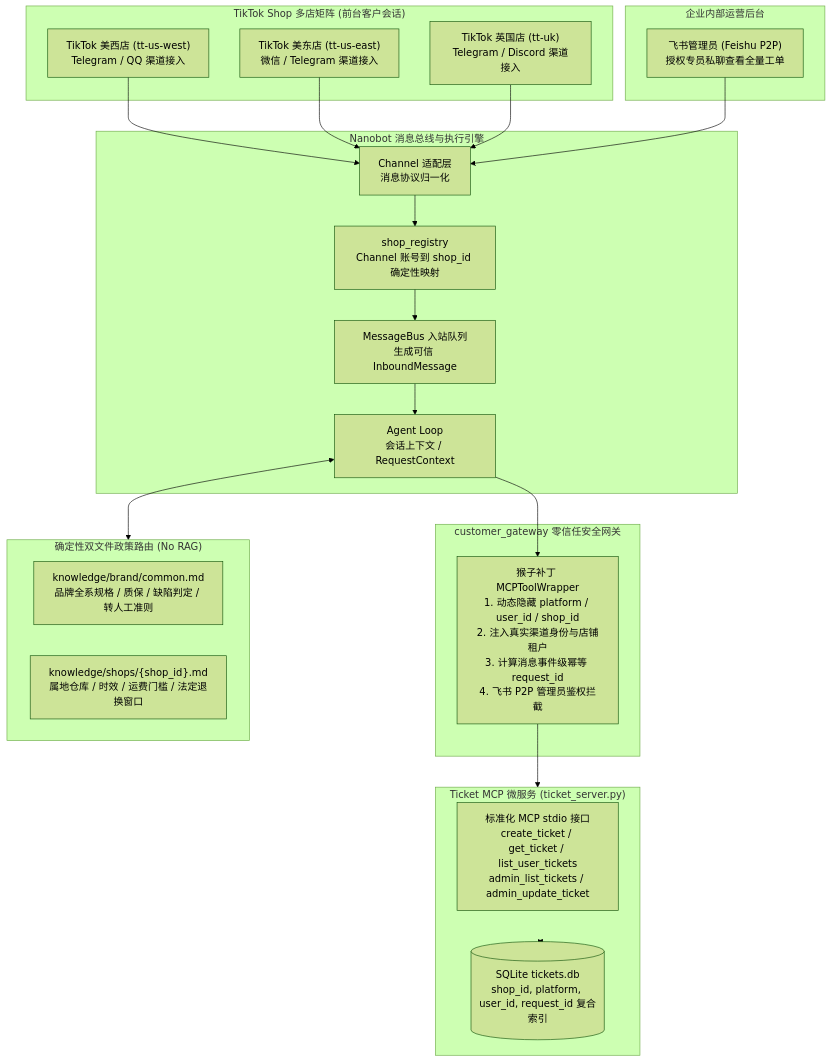
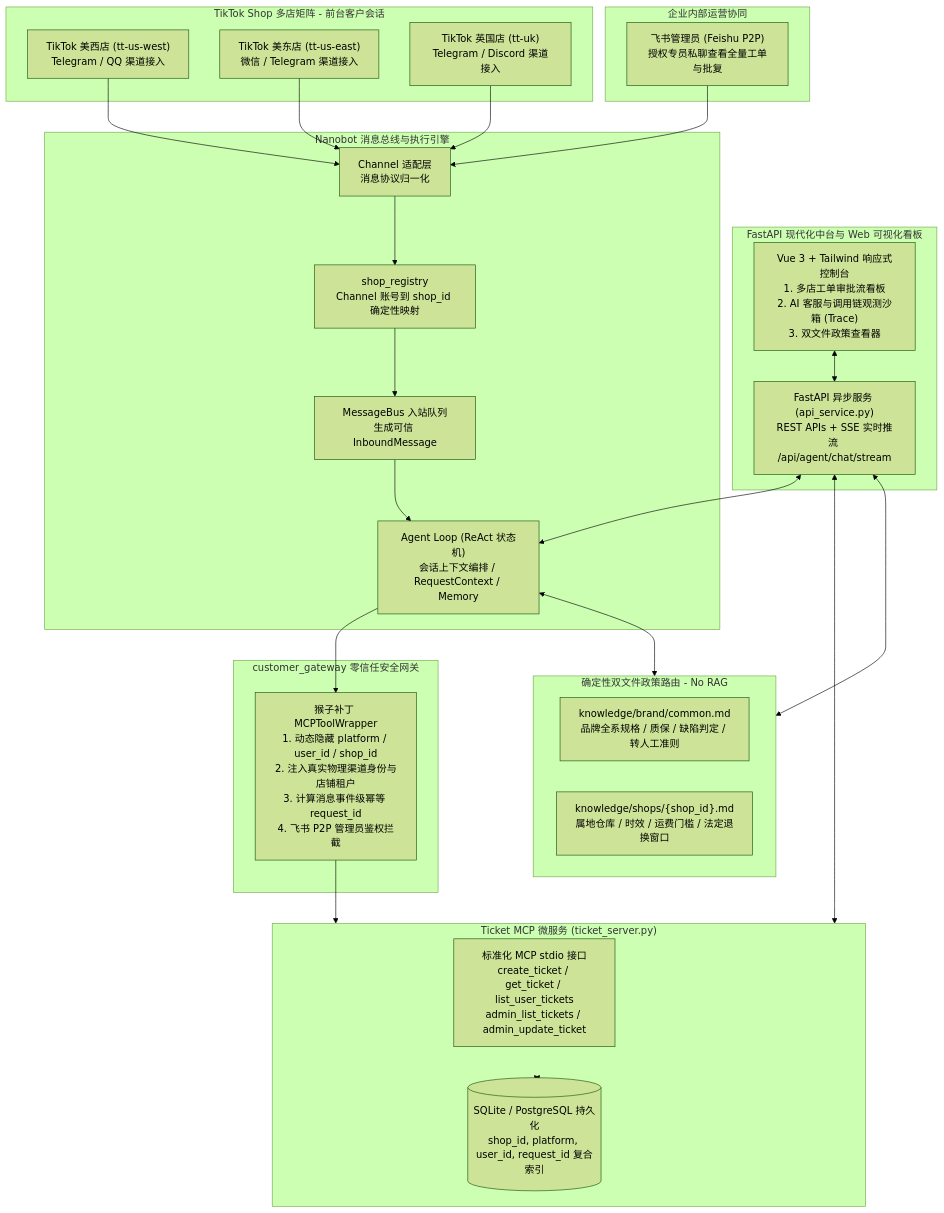
Before and after one commit to tommie-04/EchoBridge: the diagram in README.md, drawn with Mermaid (forest theme). The commit also changed other lines of this file, not shown here.

Commit message:
docs(readme): comprehensive update for FastAPI backend, Vue3 dashboard, and Agent observability

````diff
--- a/README.md
+++ b/README.md
@@ -23,46 +22,56 @@
 ```mermaid
 flowchart TD
-    subgraph Storefronts ["TikTok Shop 多店矩阵 (前台客户会话)"]
+    subgraph Storefronts ["TikTok Shop 多店矩阵 - 前台客户会话"]
         S1["TikTok 美西店 (tt-us-west)<br/>Telegram / QQ 渠道接入"]
         S2["TikTok 美东店 (tt-us-east)<br/>微信 / Telegram 渠道接入"]
         S3["TikTok 英国店 (tt-uk)<br/>Telegram / Discord 渠道接入"]
     end
 
-    subgraph AdminOffice ["企业内部运营后台"]
-        FS["飞书管理员 (Feishu P2P)<br/>授权专员私聊查看全量工单"]
+    subgraph WebOperationsHub ["FastAPI 现代化中台与 Web 可视化看板"]
+        WEB_UI["Vue 3 + Tailwind 响应式控制台<br/>1. 多店工单审批流看板<br/>2. AI 客服与调用链观测沙箱 (Trace)<br/>3. 双文件政策查看器"]
+        API_LAYER["FastAPI 异步服务 (api_service.py)<br/>REST APIs + SSE 实时推流 /api/agent/chat/stream"]
+    end
+
+    subgraph InternalOffice ["企业内部运营协同"]
+        FS["飞书管理员 (Feishu P2P)<br/>授权专员私聊查看全量工单与批复"]
     end
 
     subgraph NanobotCore ["Nanobot 消息总线与执行引擎"]
         CH["Channel 适配层<br/>消息协议归一化"]
         MAP["shop_registry<br/>Channel 账号到 shop_id 确定性映射"]
         BUS["MessageBus 入站队列<br/>生成可信 InboundMessage"]
-        LOOP["Agent Loop<br/>会话上下文 / RequestContext"]
+        LOOP["Agent Loop (ReAct 状态机)<br/>会话上下文编排 / RequestContext / Memory"]
     end
 
     subgraph SecurityGateway ["customer_gateway 零信任安全网关"]
-        GW["猴子补丁 MCPToolWrapper<br/>1. 动态隐藏 platform / user_id / shop_id<br/>2. 注入真实渠道身份与店铺租户<br/>3. 计算消息事件级幂等 request_id<br/>4. 飞书 P2P 管理员鉴权拦截"]
+        GW["猴子补丁 MCPToolWrapper<br/>1. 动态隐藏 platform / user_id / shop_id<br/>2. 注入真实物理渠道身份与店铺租户<br/>3. 计算消息事件级幂等 request_id<br/>4. 飞书 P2P 管理员鉴权拦截"]
     end
 
-    subgraph KnowledgeOverlay ["确定性双文件政策路由 (No RAG)"]
+    subgraph KnowledgeOverlay ["确定性双文件政策路由 - No RAG"]
         COMMON["knowledge/brand/common.md<br/>品牌全系规格 / 质保 / 缺陷判定 / 转人工准则"]
         SHOP_FILE["knowledge/shops/{shop_id}.md<br/>属地仓库 / 时效 / 运费门槛 / 法定退换窗口"]
     end
 
     subgraph MCPService ["Ticket MCP 微服务 (ticket_server.py)"]
         TOOLS["标准化 MCP stdio 接口<br/>create_ticket / get_ticket / list_user_tickets<br/>admin_list_tickets / admin_update_ticket"]
-        DB[("SQLite tickets.db<br/>shop_id, platform, user_id, request_id 复合索引")]
+        DB[("SQLite / PostgreSQL 持久化<br/>shop_id, platform, user_id, request_id 复合索引")]
     end
 
     S1 --> CH
     S2 --> CH
     S3 --> CH
     FS --> CH
     CH --> MAP
     MAP --> BUS
     BUS --> LOOP
 
+    WEB_UI <--> API_LAYER
+    API_LAYER <--> MCPService
+    API_LAYER <--> KnowledgeOverlay
+    API_LAYER <--> LOOP
+
     LOOP <--> KnowledgeOverlay
     LOOP --> GW
     GW --> MCPService
     MCPService <--> DB
 ```
````
